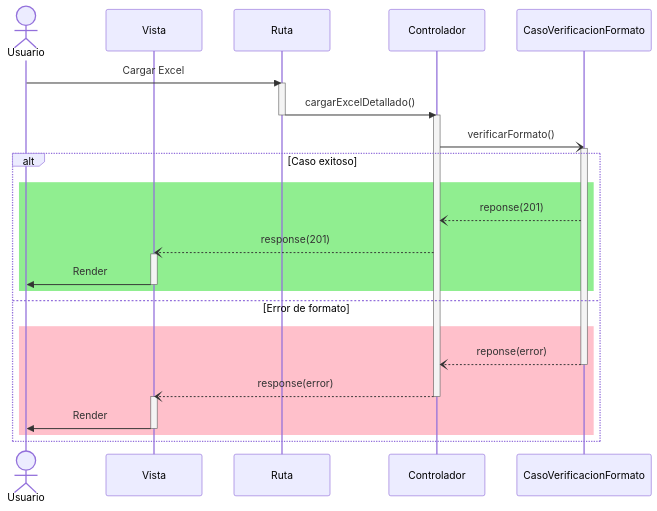
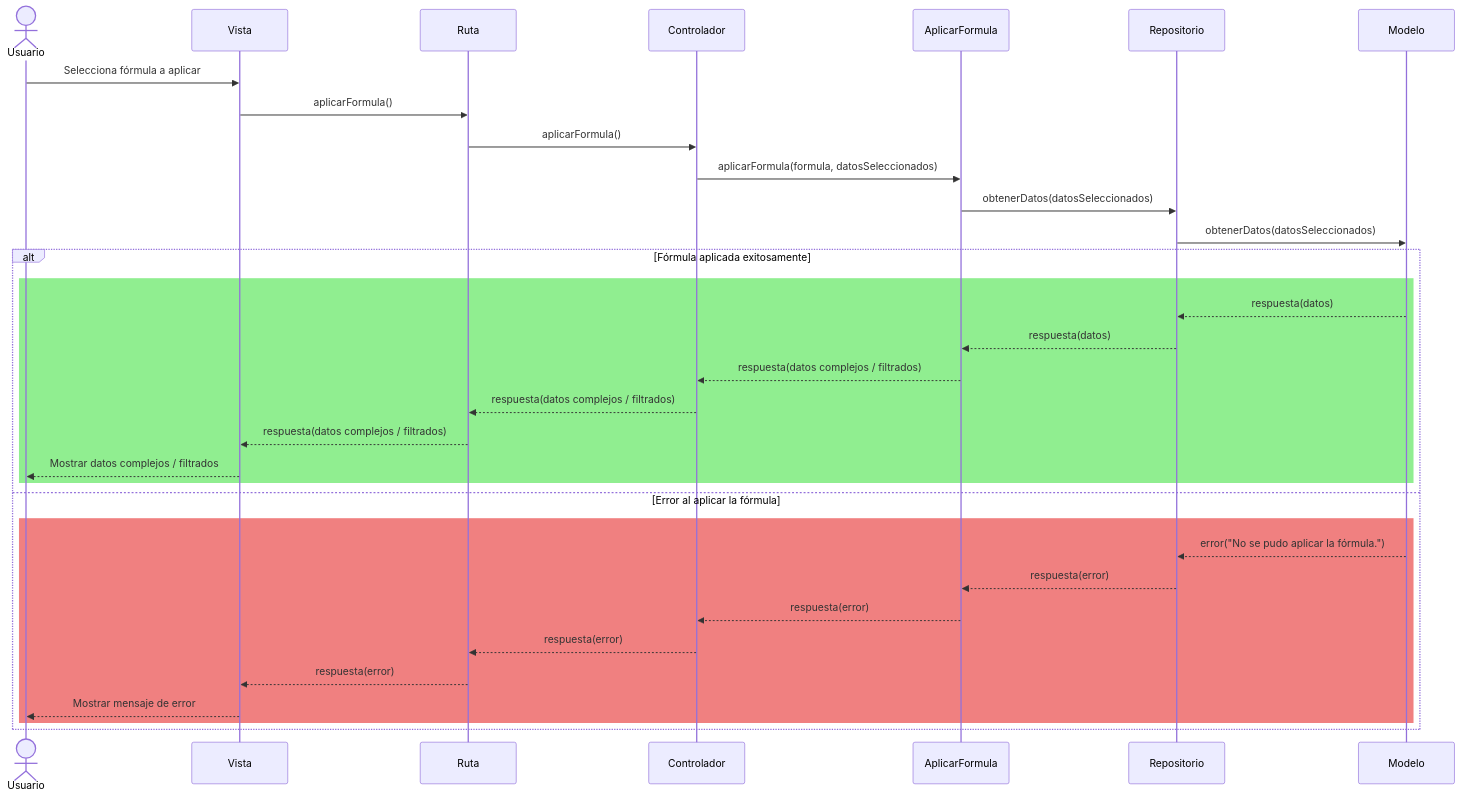
One commit to CodeAnd-Co/Documentacion changed the diagram in documentation/docs/proyectos/tractores/documentacion/requisitos/RF27.md. Above: the diagram before and after it, drawn with Mermaid. The commit also changed other lines of this file and 10 other files, not shown here.

````diff
--- a/documentation/docs/proyectos/tractores/documentacion/requisitos/RF27.md
+++ b/documentation/docs/proyectos/tractores/documentacion/requisitos/RF27.md
@@ -21,35 +30,38 @@
-``` mermaid
+```mermaid
 sequenceDiagram
     actor Usuario
-    participant view as Vista
-    participant route as Ruta
-    participant controller as Controlador
-    participant usecase as CasoVerificacionFormato
+    participant Vista
+    participant Ruta
+    participant Controlador
+    participant AplicarFormula
+    participant Repositorio
+    participant Modelo
 
-    Usuario->>route: Cargar Excel
-    activate route
-    route->>controller: cargarExcelDetallado()
-    deactivate route
-    activate controller
-    controller-)usecase: verificarFormato()
-    activate usecase
-    alt Caso exitoso
-    rect Lightgreen
-    usecase--)controller: reponse(201)
-    controller--)view: response(201)
-    activate view
-    view->>Usuario: Render
-    deactivate view
+    %% Aplicación de fórmula
+    Usuario ->> Vista: Selecciona fórmula a aplicar
+    Vista ->> Ruta: aplicarFormula()
+    Ruta ->> Controlador: aplicarFormula()
+    Controlador ->> AplicarFormula: aplicarFormula(formula, datosSeleccionados)
+    AplicarFormula ->> Repositorio: obtenerDatos(datosSeleccionados)
+    Repositorio ->> Modelo: obtenerDatos(datosSeleccionados)
+    alt Fórmula aplicada exitosamente
+        rect Lightgreen
+        Modelo -->> Repositorio: respuesta(datos)
+        Repositorio -->> AplicarFormula: respuesta(datos)
+        AplicarFormula -->> Controlador: respuesta(datos complejos / filtrados)
+        Controlador -->> Ruta: respuesta(datos complejos / filtrados)
+        Ruta -->> Vista: respuesta(datos complejos / filtrados)
+        Vista -->> Usuario: Mostrar datos complejos / filtrados
+        end
+    else Error al aplicar la fórmula
+        rect Lightcoral
+        Modelo -->> Repositorio: error("No se pudo aplicar la fórmula.")
+        Repositorio -->> AplicarFormula: respuesta(error)
+        AplicarFormula -->> Controlador: respuesta(error)
+        Controlador -->> Ruta: respuesta(error)
+        Ruta -->> Vista: respuesta(error)
+        Vista -->> Usuario: Mostrar mensaje de error
+        end
     end
-    else Error de formato
-    rect Pink
-    usecase--)controller: reponse(error)
-    deactivate usecase
-    controller--)view: response(error)
-    deactivate controller
-    activate view
-    view->>Usuario: Render
-    deactivate view
-    end
-    end
+
 ```
````
